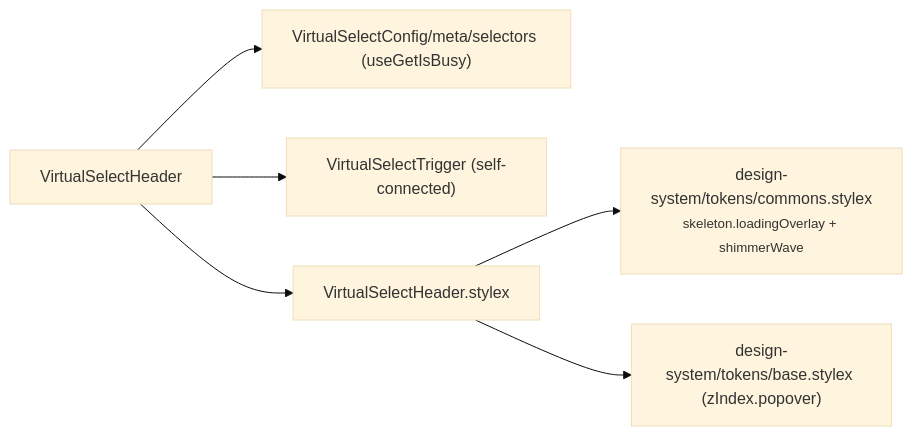
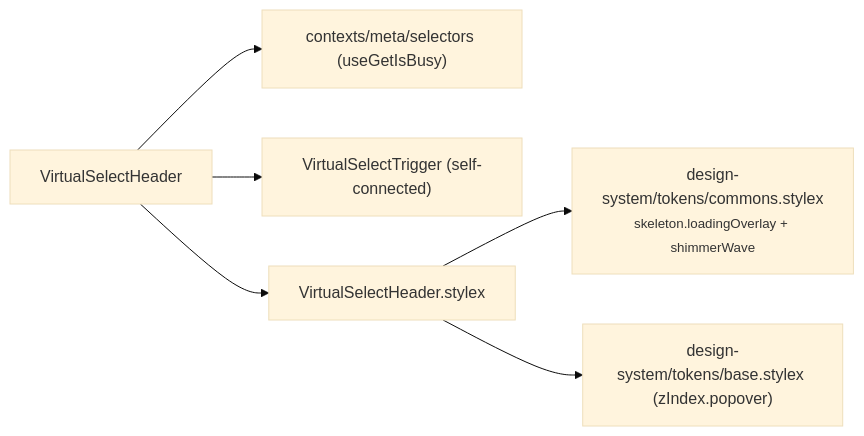
The diagram in packages/ui/src/components/VirtualSelect/VirtualSelectHeader/ARCHITECTURE.md (luciocabrera/lcabrera-stack), drawn with Mermaid (base theme) before and after one commit. The commit also changed 29 other files, not shown here.

````diff
--- a/packages/ui/src/components/VirtualSelect/VirtualSelectHeader/ARCHITECTURE.md
+++ b/packages/ui/src/components/VirtualSelect/VirtualSelectHeader/ARCHITECTURE.md
@@ -16,8 +16,8 @@
 ```mermaid
 graph LR
-  VSH["VirtualSelectHeader"] --> MSEL["VirtualSelectConfig/meta/selectors (useGetIsBusy)"]
+  VSH["VirtualSelectHeader"] --> MSEL["contexts/meta/selectors (useGetIsBusy)"]
   VSH --> VST["VirtualSelectTrigger (self-connected)"]
   VSH --> VSH_stylex["VirtualSelectHeader.stylex"]
   VSH_stylex --> skeleton["design-system/tokens/commons.stylex\n<small>skeleton.loadingOverlay + shimmerWave</small>"]
   VSH_stylex --> base["design-system/tokens/base.stylex (zIndex.popover)"]
 ```
````
